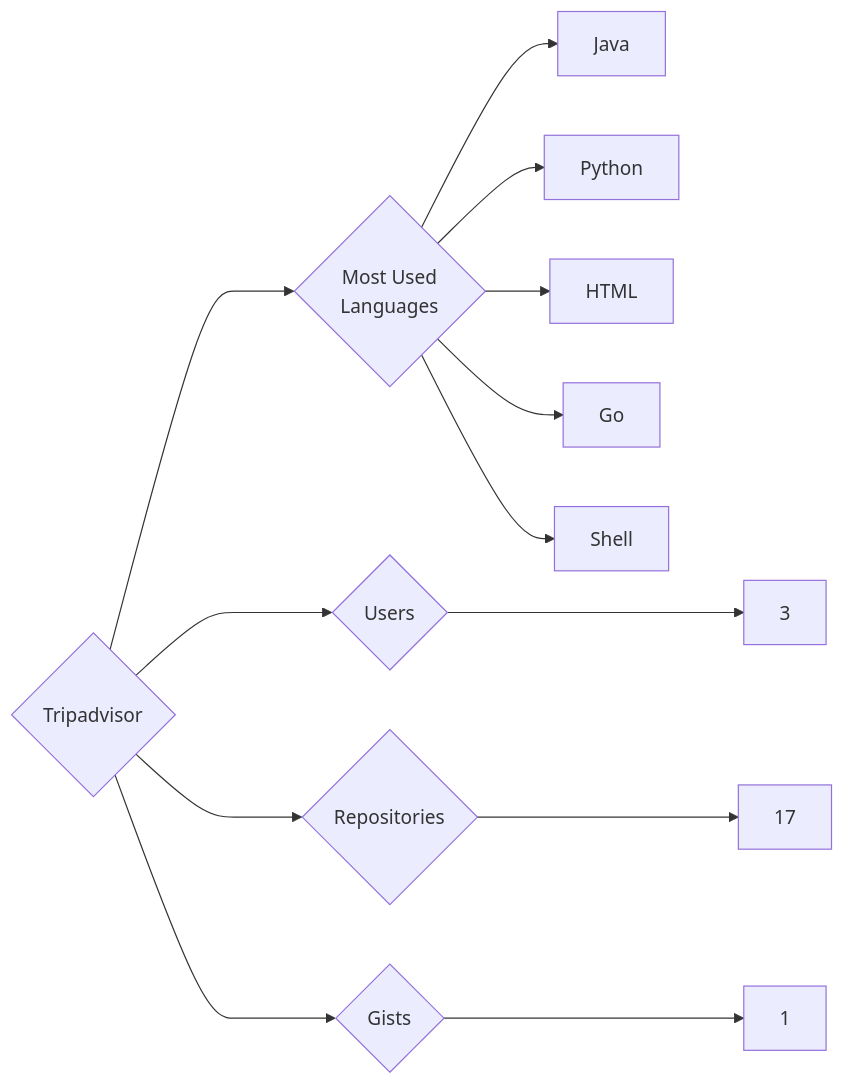
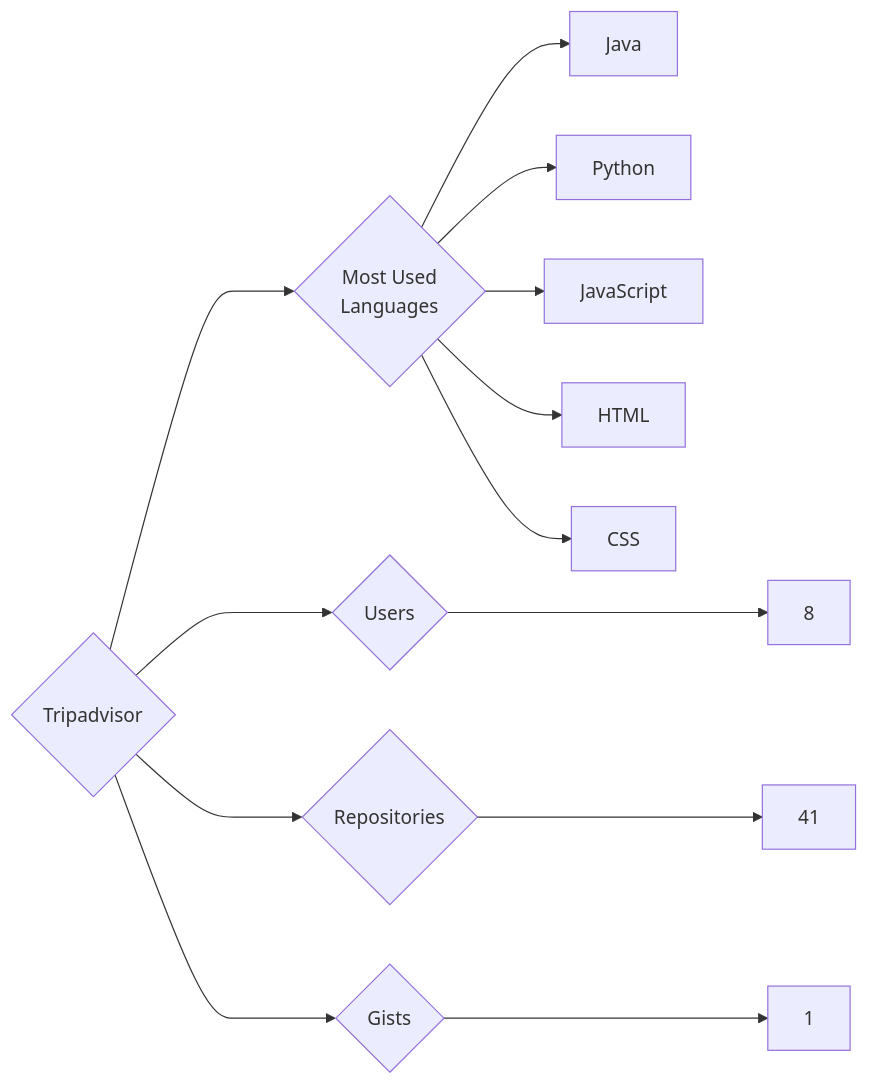
One commit to trickest/insiders changed the diagram in targets/Tripadvisor/README.md. Above: the diagram before and after it, drawn with Mermaid. The commit also changed 582 other files, not shown here.

````diff
--- a/targets/Tripadvisor/README.md
+++ b/targets/Tripadvisor/README.md
@@ -3,13 +3,13 @@
 ```mermaid
 graph LR
 COMPANY_NAME{Tripadvisor}
-COMPANY_NAME ---> U{Users} ---> UN[3]
-COMPANY_NAME ---> R{Repositories} ---> RN[17]
+COMPANY_NAME ---> U{Users} ---> UN[8]
+COMPANY_NAME ---> R{Repositories} ---> RN[41]
 COMPANY_NAME ---> G{Gists} ---> GN[1]
 COMPANY_NAME ---> ML{Most Used<br>Languages}
 ML --> Java[Java]
 ML --> Python[Python]
+ML --> JavaScript[JavaScript]
 ML --> HTML[HTML]
-ML --> Go[Go]
-ML --> Shell[Shell]
+ML --> CSS[CSS]
 ```
````
